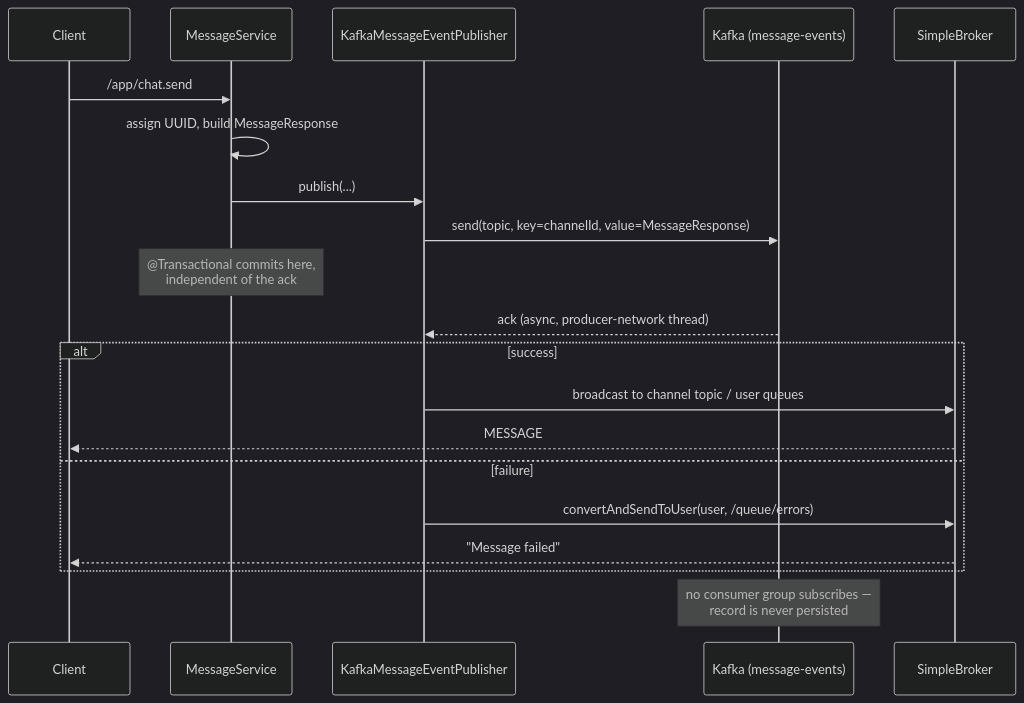
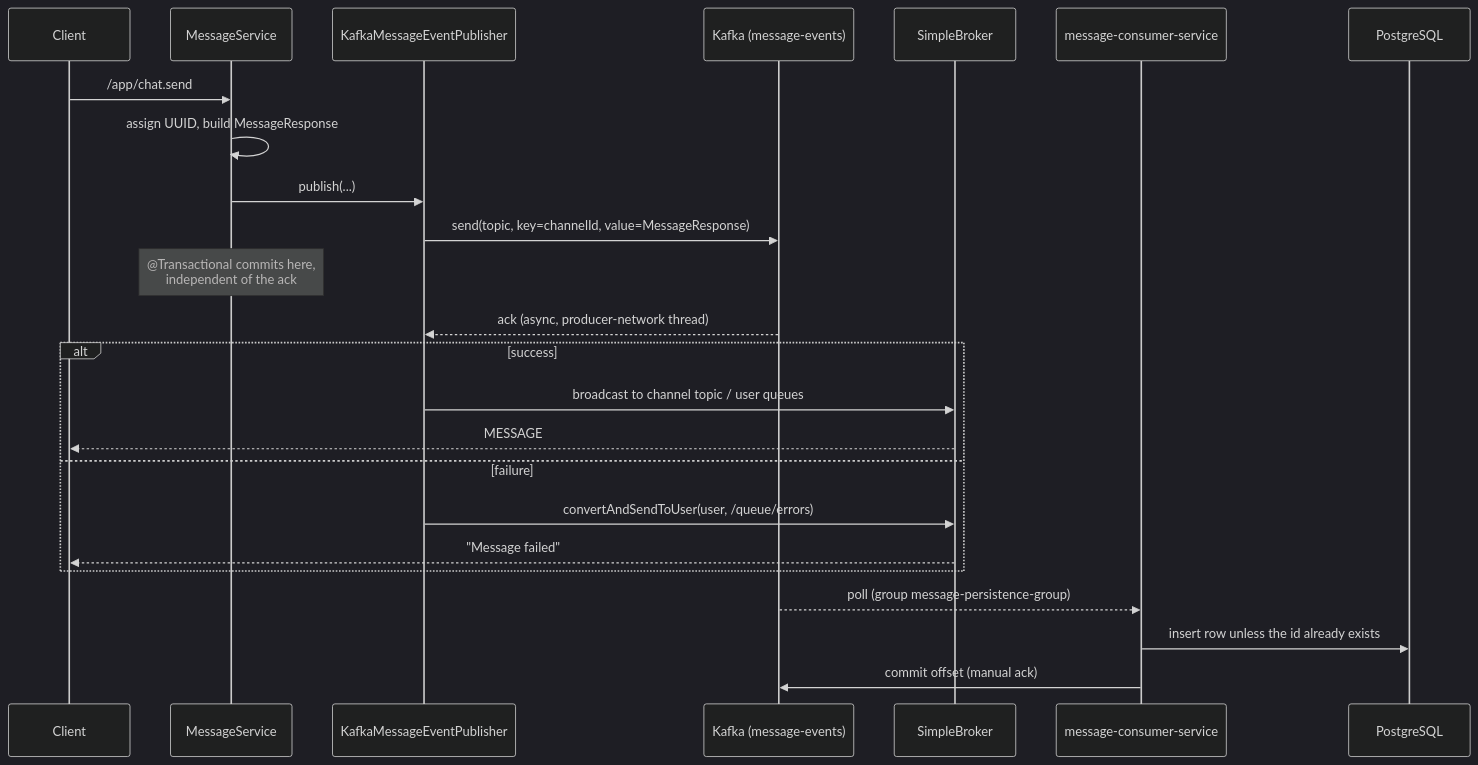
One commit to anilkr09/DiscordClone changed the diagram in docs/KAFKA.md. Above: the diagram before and after it, drawn with Mermaid (dark theme). The commit also changed other lines of this file and 6 other files, not shown here.

First line of the commit message:
docs: document message-consumer-service and its defects

````diff
--- a/docs/KAFKA.md
+++ b/docs/KAFKA.md
@@ -174,23 +182,27 @@
 ```mermaid
 sequenceDiagram
     participant C as Client
     participant MS as MessageService
     participant P as KafkaMessageEventPublisher
     participant K as Kafka (message-events)
     participant B as SimpleBroker
+    participant CS as message-consumer-service
+    participant DB as PostgreSQL
 
     C->>MS: /app/chat.send
     MS->>MS: assign UUID, build MessageResponse
     MS->>P: publish(...)
     P->>K: send(topic, key=channelId, value=MessageResponse)
     Note over MS: @Transactional commits here,<br/>independent of the ack
     K-->>P: ack (async, producer-network thread)
     alt success
         P->>B: broadcast to channel topic / user queues
         B-->>C: MESSAGE
     else failure
         P->>B: convertAndSendToUser(user, /queue/errors)
         B-->>C: "Message failed"
     end
-    Note over K: no consumer group subscribes —<br/>record is never persisted
+    K-->>CS: poll (group message-persistence-group)
+    CS->>DB: insert row unless the id already exists
+    CS->>K: commit offset (manual ack)
 ```
````
